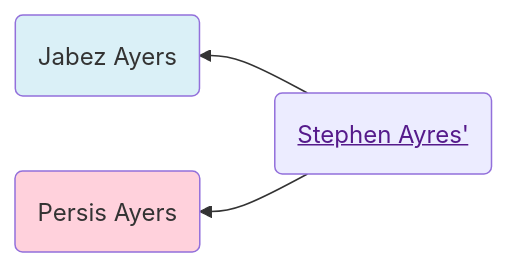
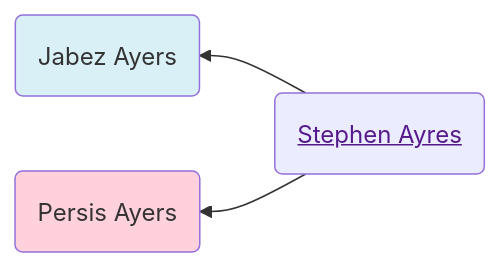
Before and after one commit to neelsmith/avocational: the first of 2 diagrams in familyhistory/sources/people/Henderson-line/Ayers-line/Stephen_Ayres.qmd, drawn with Mermaid. The commit also changed other lines of this file and 96 other files, not shown here.

````diff
--- a/familyhistory/sources/people/Henderson-line/Ayers-line/Stephen_Ayres.qmd
+++ b/familyhistory/sources/people/Henderson-line/Ayers-line/Stephen_Ayres.qmd
@@ -26,12 +26,12 @@
 ```{mermaid}
 graph RL
 %% RL ancestor diagram
-Stephen_Ayres(<a href=''>Stephen Ayres'</>) -->  Jabez_Ayers(Jabez Ayers)
+Stephen_Ayres(<a href=''>Stephen Ayres</a>) -->  Jabez_Ayers(Jabez Ayers)
 class Jabez_Ayers father
-Stephen_Ayres(<a href=''>Stephen Ayres'</>)  --> Persis_Ayers(Persis Ayers)
+Stephen_Ayres(<a href=''>Stephen Ayres</a>)  --> Persis_Ayers(Persis Ayers)
 class Persis_Ayers mother
 classDef mother fill:#ffd1dc
 classDef father fill:#daf0f7  
 classDef marriage fill:#ffffff
 
 ```
````
